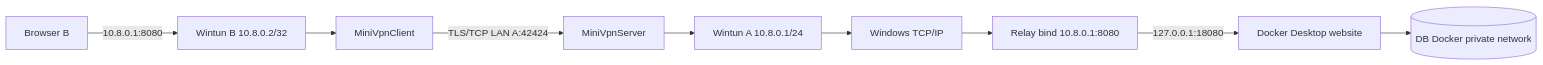
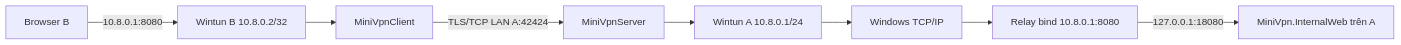
One commit to dactri2205/PBL4 changed the diagram in docs/01-preflight-and-architecture.md. Above: the diagram before and after it, drawn with Mermaid. The commit also changed other lines of this file and 8 other files, not shown here.

````diff
--- a/docs/01-preflight-and-architecture.md
+++ b/docs/01-preflight-and-architecture.md
@@ -13,11 +12,10 @@
 ```mermaid
 flowchart LR
   B[Browser B] -->|10.8.0.1:8080| TB[Wintun B 10.8.0.2/32]
   TB --> CB[MiniVpnClient]
   CB -->|TLS/TCP LAN A:42424| SA[MiniVpnServer]
   SA --> TA[Wintun A 10.8.0.1/24]
   TA --> WA[Windows TCP/IP]
   WA --> R[Relay bind 10.8.0.1:8080]
-  R -->|127.0.0.1:18080| D[Docker Desktop website]
-  D --> DB[(DB Docker private network)]
+  R -->|127.0.0.1:18080| W[MiniVpn.InternalWeb trên A]
 ```
````
